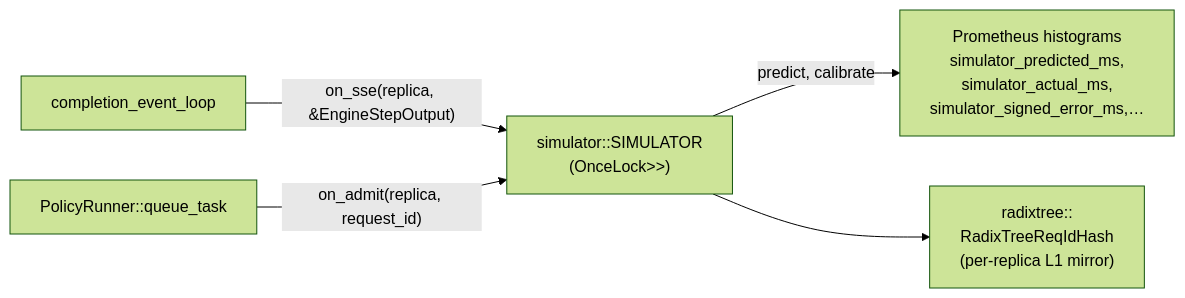
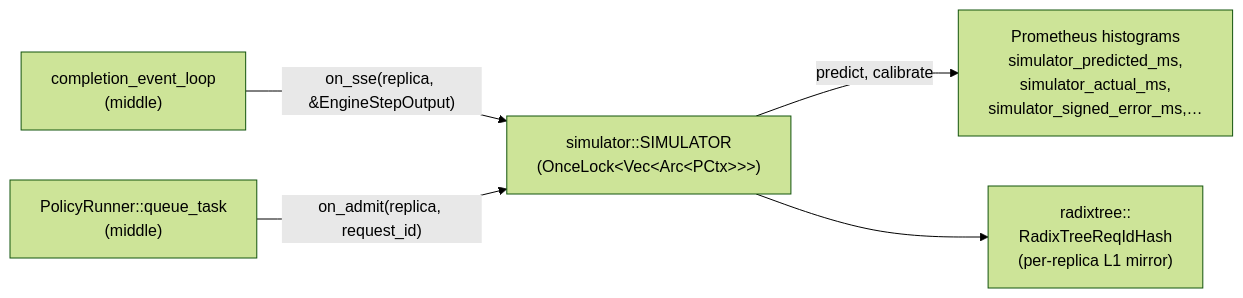
Before and after one commit to blitz-serving/blitz-router: the ninth of 9 diagrams in docs/architecture.md, drawn with Mermaid (forest theme). The commit also changed other lines of this file and 2 other files, not shown here.

````diff
--- a/docs/architecture.md
+++ b/docs/architecture.md
@@ -325,7 +424,7 @@
 ```mermaid
 graph LR
-    SSE["completion_event_loop"] -- on_sse(replica, &EngineStepOutput) --> S
-    Pol["PolicyRunner::queue_task"] -- on_admit(replica, request_id) --> S
-    S["simulator::SIMULATOR<br/>(OnceLock<Vec<Arc<PCtx>>>)"] -- predict, calibrate --> Hist["Prometheus histograms<br/>simulator_predicted_ms,<br/>simulator_actual_ms,<br/>simulator_signed_error_ms,…"]
+    SSE["completion_event_loop<br/>(middle)"] -- on_sse(replica, &EngineStepOutput) --> S
+    Pol["PolicyRunner::queue_task<br/>(middle)"] -- on_admit(replica, request_id) --> S
+    S["simulator::SIMULATOR<br/>(OnceLock&lt;Vec&lt;Arc&lt;PCtx&gt;&gt;&gt;)"] -- predict, calibrate --> Hist["Prometheus histograms<br/>simulator_predicted_ms,<br/>simulator_actual_ms,<br/>simulator_signed_error_ms,…"]
     S --> RIH["radixtree::<br/>RadixTreeReqIdHash<br/>(per-replica L1 mirror)"]
 ```
````
